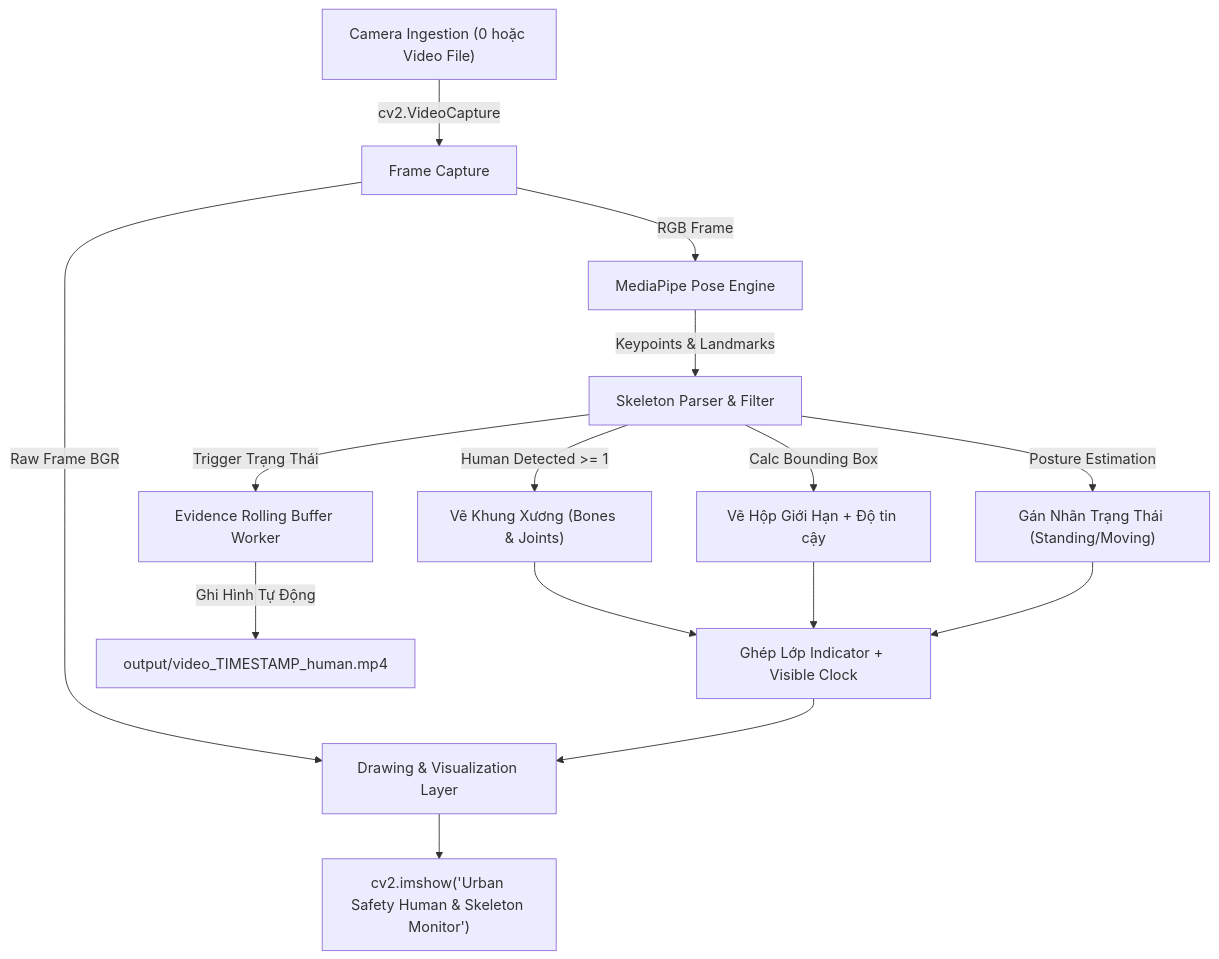
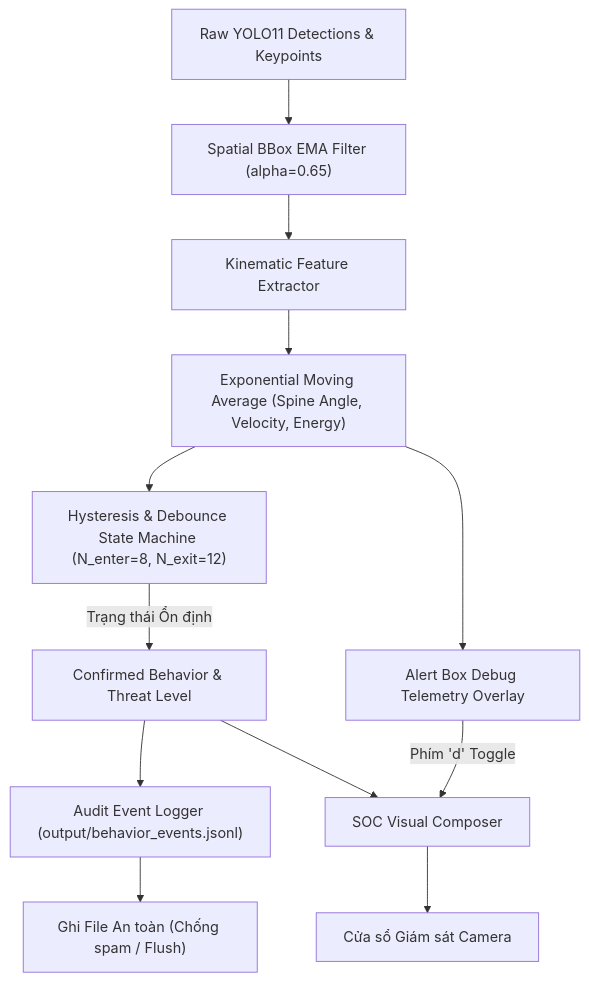
Before and after one commit to khoa36015/Hackathon-Test-: the first of 2 diagrams in HUMAN DETECT/SPEC.md, drawn with Mermaid. The commit also changed other lines of this file and 12 other files, not shown here.

````diff
--- a/HUMAN DETECT/SPEC.md
+++ b/HUMAN DETECT/SPEC.md
@@ -85,20 +84,18 @@
 ```mermaid
 flowchart TD
-    CAM["Camera Ingestion (0 hoặc Video File)"] -->|"cv2.VideoCapture"| READ["Frame Capture"]
-    READ -->|"Raw Frame BGR"| PREVIEW["Drawing & Visualization Layer"]
-    READ -->|"RGB Frame"| POSE["MediaPipe Pose Engine"]
+    RAW["Raw YOLO11 Detections & Keypoints"] --> STAB["Spatial BBox EMA Filter (alpha=0.65)"]
+    STAB --> KIN["Kinematic Feature Extractor"]
     
-    POSE -->|"Keypoints & Landmarks"| PARSE["Skeleton Parser & Filter"]
-    PARSE -->|"Human Detected >= 1"| INDICATOR["Vẽ Khung Xương (Bones & Joints)"]
-    PARSE -->|"Calc Bounding Box"| BBOX["Vẽ Hộp Giới Hạn + Độ tin cậy"]
-    PARSE -->|"Posture Estimation"| POSTURE["Gán Nhãn Trạng Thái (Standing/Moving)"]
+    KIN --> EMA["Exponential Moving Average (Spine Angle, Velocity, Energy)"]
+    EMA --> HYST["Hysteresis & Debounce State Machine (N_enter=8, N_exit=12)"]
     
-    INDICATOR --> OVERLAY["Ghép Lớp Indicator + Visible Clock"]
-    BBOX --> OVERLAY
-    POSTURE --> OVERLAY
-    OVERLAY --> PREVIEW
-    PREVIEW --> GUI["cv2.imshow('Urban Safety Human & Skeleton Monitor')"]
-
-    PARSE -->|"Trigger Trạng Thái"| BUFFER["Evidence Rolling Buffer Worker"]
-    BUFFER -->|"Ghi Hình Tự Động"| OUT["output/video_TIMESTAMP_human.mp4"]
+    HYST -->|"Trạng thái Ổn định"| CONFIRMED["Confirmed Behavior & Threat Level"]
+    
+    CONFIRMED --> LOGGER["Audit Event Logger (output/behavior_events.jsonl)"]
+    LOGGER --> DISK["Ghi File An toàn (Chống spam / Flush)"]
+    
+    CONFIRMED --> HUD["SOC Visual Composer"]
+    EMA --> DEBUG_BOX["Alert Box Debug Telemetry Overlay"]
+    DEBUG_BOX -->|"Phím 'd' Toggle"| HUD
+    HUD --> DISPLAY["Cửa sổ Giám sát Camera"]
 ```
````
